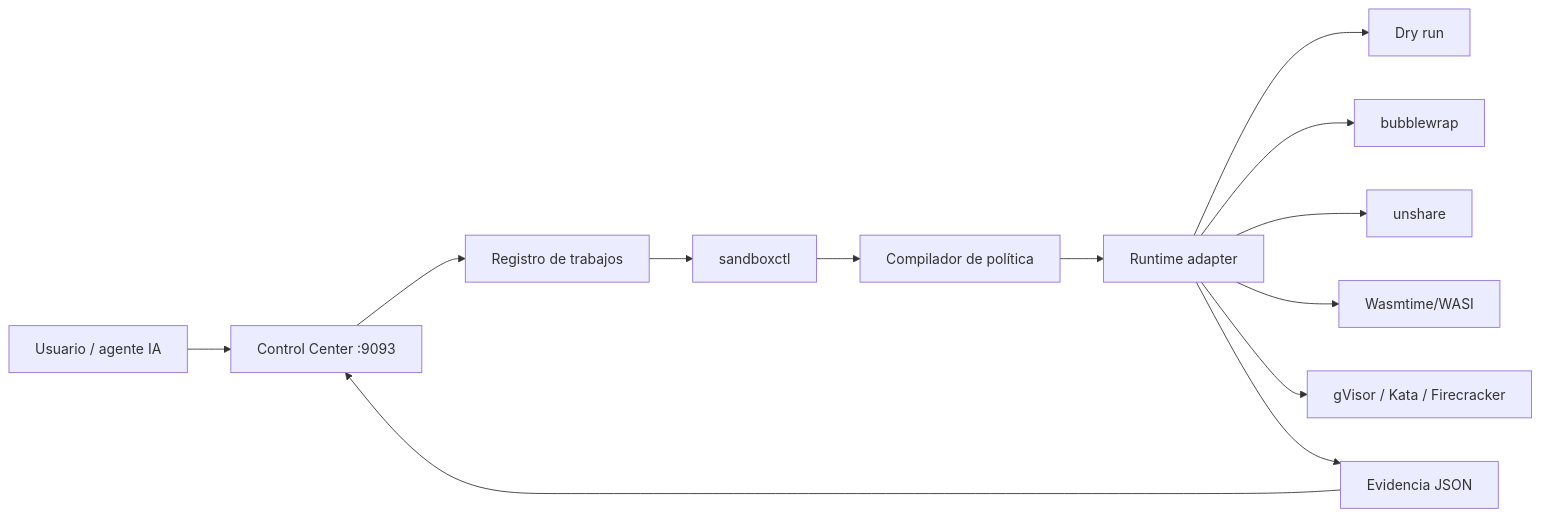
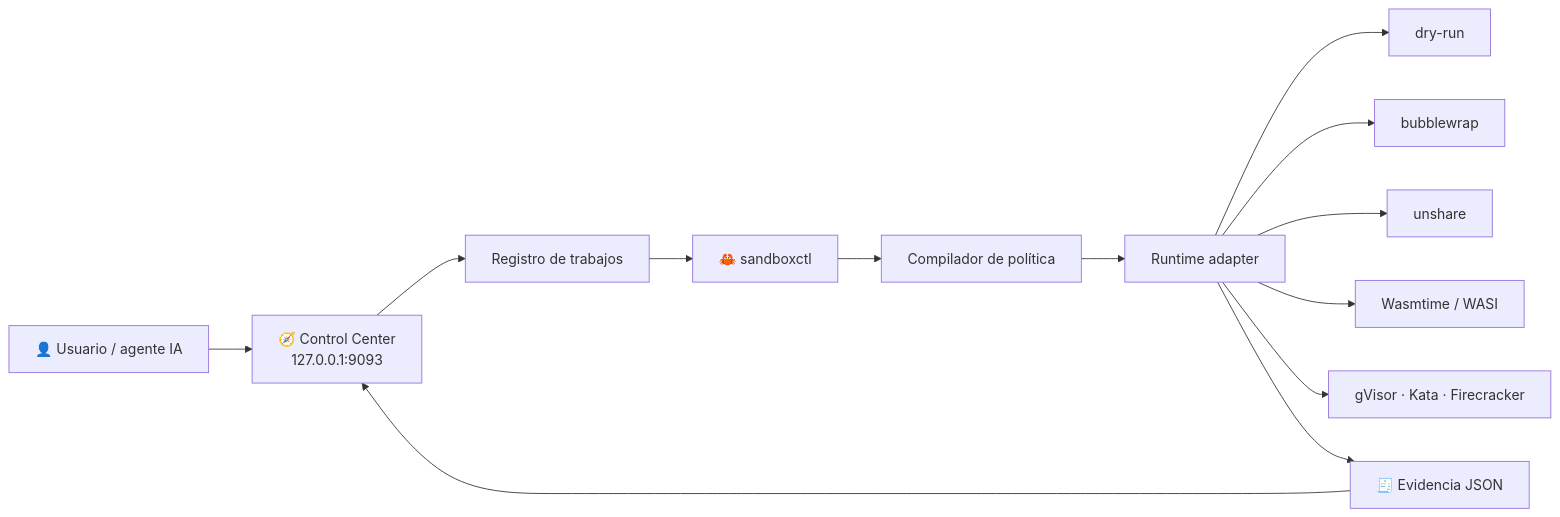
Before and after one commit to vladimiracunadev-create/sandbox-labs: the first of 2 diagrams in README.md, drawn with Mermaid. The commit also changed other lines of this file and 27 other files, not shown here.

````diff
--- a/README.md
+++ b/README.md
@@ -32,15 +52,15 @@
 ```mermaid
 flowchart LR
-  U[Usuario / agente IA] --> CC[Control Center :9093]
-  CC --> JR[Registro de trabajos]
-  JR --> CLI[sandboxctl]
-  CLI --> PC[Compilador de política]
-  PC --> RA[Runtime adapter]
-  RA --> DR[Dry run]
-  RA --> BW[bubblewrap]
-  RA --> NS[unshare]
-  RA --> WA[Wasmtime/WASI]
-  RA --> ADV[gVisor / Kata / Firecracker]
-  RA --> EV[Evidencia JSON]
+  U["👤 Usuario / agente IA"] --> CC["🧭 Control Center<br/>127.0.0.1:9093"]
+  CC --> JR["Registro de trabajos"]
+  JR --> CLI["🦀 sandboxctl"]
+  CLI --> PC["Compilador de política"]
+  PC --> RA["Runtime adapter"]
+  RA --> DR["dry-run"]
+  RA --> BW["bubblewrap"]
+  RA --> NS["unshare"]
+  RA --> WA["Wasmtime / WASI"]
+  RA --> ADV["gVisor · Kata · Firecracker"]
+  RA --> EV["🧾 Evidencia JSON"]
   EV --> CC
 ```
````
